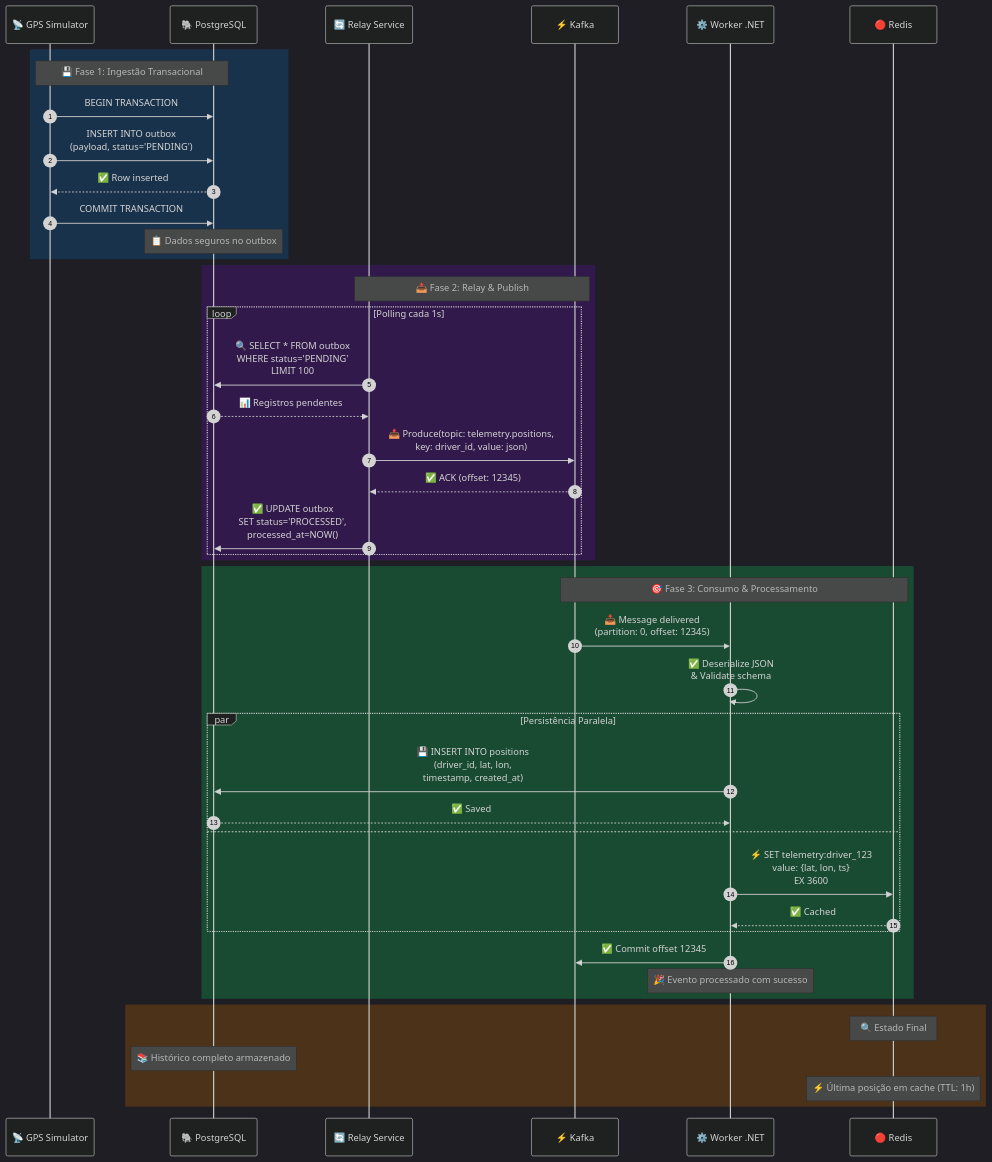
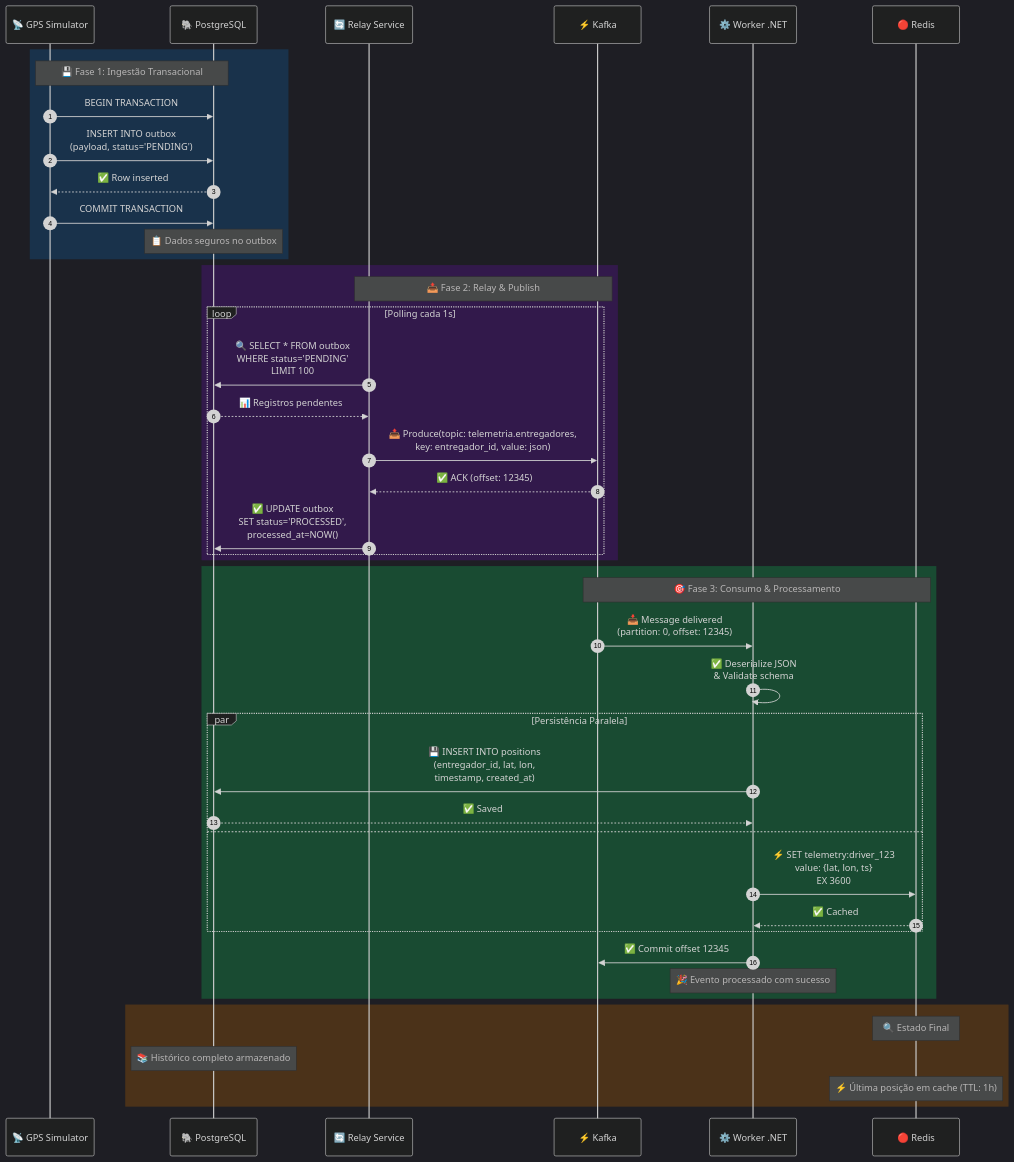
One commit to JuliaSSoares/kafka-go-dotnet-telemetry changed the diagram in README.md. Above: the diagram before and after it, drawn with Mermaid.

````diff
--- a/README.md
+++ b/README.md
@@ -155,56 +155,56 @@
 ```mermaid
 %%{init: {'theme':'dark', 'sequence': {'actorMargin':50, 'boxMargin':10}}}%%
 sequenceDiagram
     autonumber
     participant S as 📡 GPS Simulator
     participant DB as 🐘 PostgreSQL
     participant R as 🔄 Relay Service
     participant K as ⚡ Kafka
     participant W as ⚙️ Worker .NET
     participant RD as 🔴 Redis
 
     rect rgb(25, 50, 75)
         Note over S,DB: 💾 Fase 1: Ingestão Transacional
         S->>DB: BEGIN TRANSACTION
         S->>DB: INSERT INTO outbox<br/>(payload, status='PENDING')
         DB-->>S: ✅ Row inserted
         S->>DB: COMMIT TRANSACTION
         Note over DB: 📋 Dados seguros no outbox
     end
 
     rect rgb(50, 25, 75)
         Note over R,K: 📤 Fase 2: Relay & Publish
         loop Polling cada 1s
             R->>DB: 🔍 SELECT * FROM outbox<br/>WHERE status='PENDING'<br/>LIMIT 100
             DB-->>R: 📊 Registros pendentes
             
-            R->>K: 📤 Produce(topic: telemetry.positions,<br/>key: driver_id, value: json)
+            R->>K: 📤 Produce(topic: telemetria.entregadores,<br/>key: entregador_id, value: json)
             K-->>R: ✅ ACK (offset: 12345)
             
             R->>DB: ✅ UPDATE outbox<br/>SET status='PROCESSED',<br/>processed_at=NOW()
         end
     end
 
     rect rgb(25, 75, 50)
         Note over K,RD: 🎯 Fase 3: Consumo & Processamento
         K->>W: 📥 Message delivered<br/>(partition: 0, offset: 12345)
         W->>W: ✅ Deserialize JSON<br/>& Validate schema
         
         par Persistência Paralela
-            W->>DB: 💾 INSERT INTO positions<br/>(driver_id, lat, lon,<br/>timestamp, created_at)
+            W->>DB: 💾 INSERT INTO positions<br/>(entregador_id, lat, lon,<br/>timestamp, created_at)
             DB-->>W: ✅ Saved
         and
             W->>RD: ⚡ SET telemetry:driver_123<br/>value: {lat, lon, ts}<br/>EX 3600
             RD-->>W: ✅ Cached
         end
         
         W->>K: ✅ Commit offset 12345
         Note over W: 🎉 Evento processado com sucesso
     end
 
     rect rgb(75, 50, 25)
         Note over RD: 🔍 Estado Final
         Note over DB: 📚 Histórico completo armazenado
         Note over RD: ⚡ Última posição em cache (TTL: 1h)
     end
 ```
````
